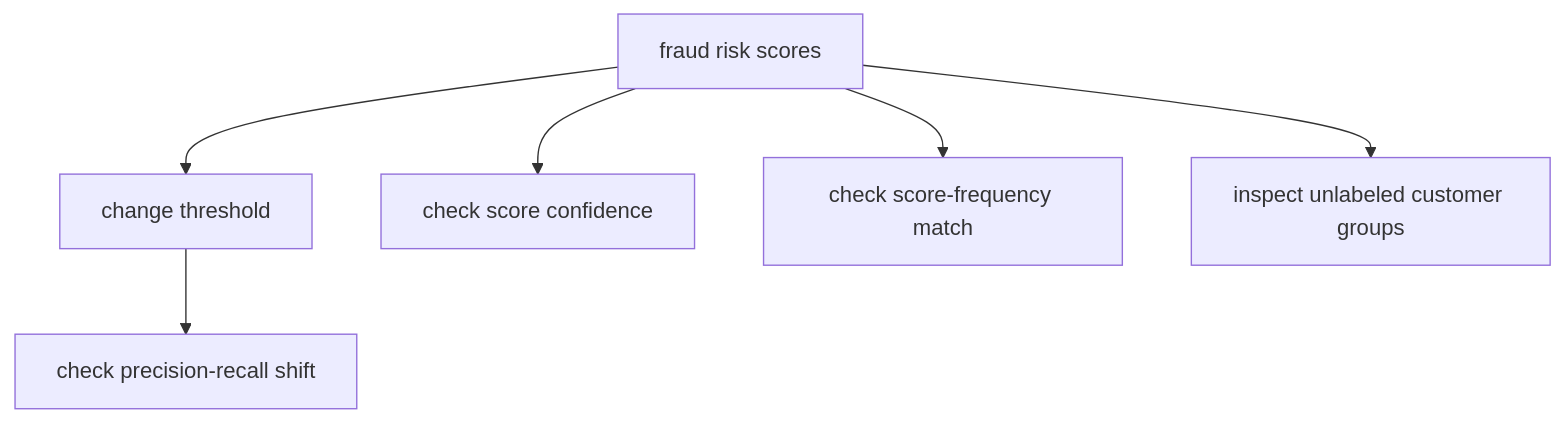
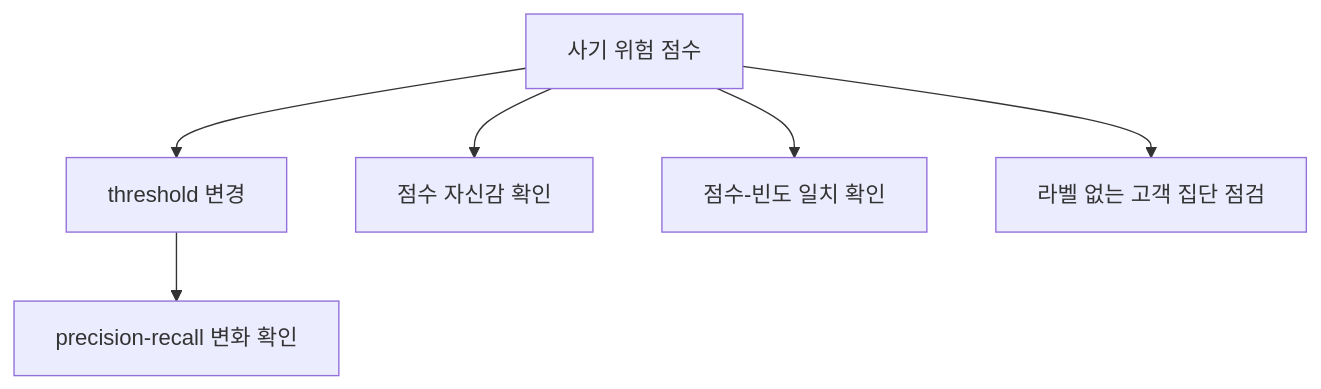
The diagram in docs/parts/part-04/chapter-06/section-04.md (devchan64/AiBook), drawn with Mermaid before and after one commit. The commit also changed other lines of this file and 72 other files, not shown here.

````diff
--- a/docs/parts/part-04/chapter-06/section-04.md
+++ b/docs/parts/part-04/chapter-06/section-04.md
@@ -326,14 +326,14 @@
 ```mermaid
 flowchart TD
-  A["fraud risk scores"]
-  B["change threshold"]
-  C["check precision-recall shift"]
-  D["check score confidence"]
-  E["check score-frequency match"]
-  F["inspect unlabeled customer groups"]
+  A["사기 위험 점수"]
+  B["threshold 변경"]
+  C["precision-recall 변화 확인"]
+  D["점수 자신감 확인"]
+  E["점수-빈도 일치 확인"]
+  F["라벨 없는 고객 집단 점검"]
 
   A --> B --> C
   A --> D
   A --> E
   A --> F
 ```
````
